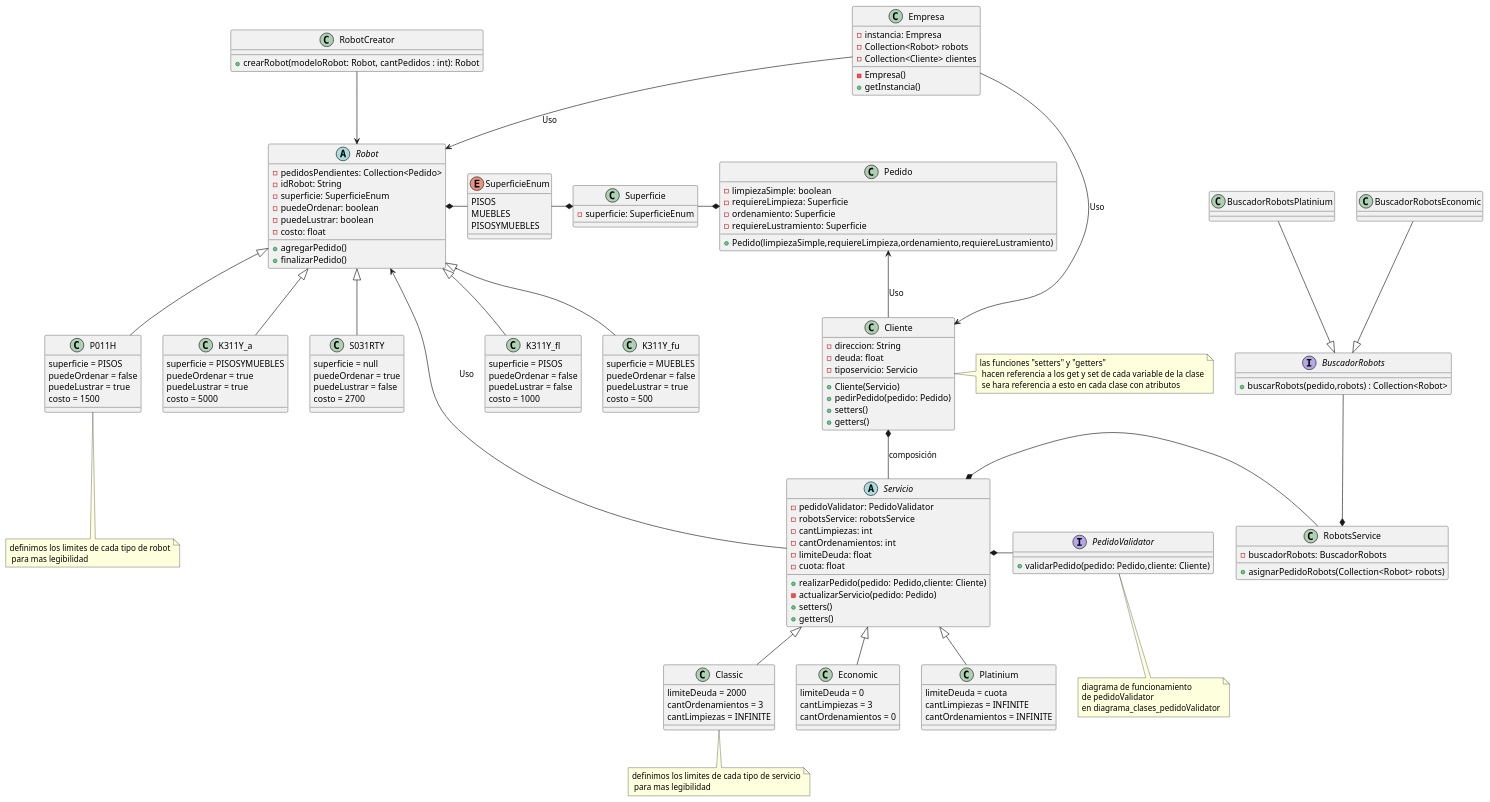
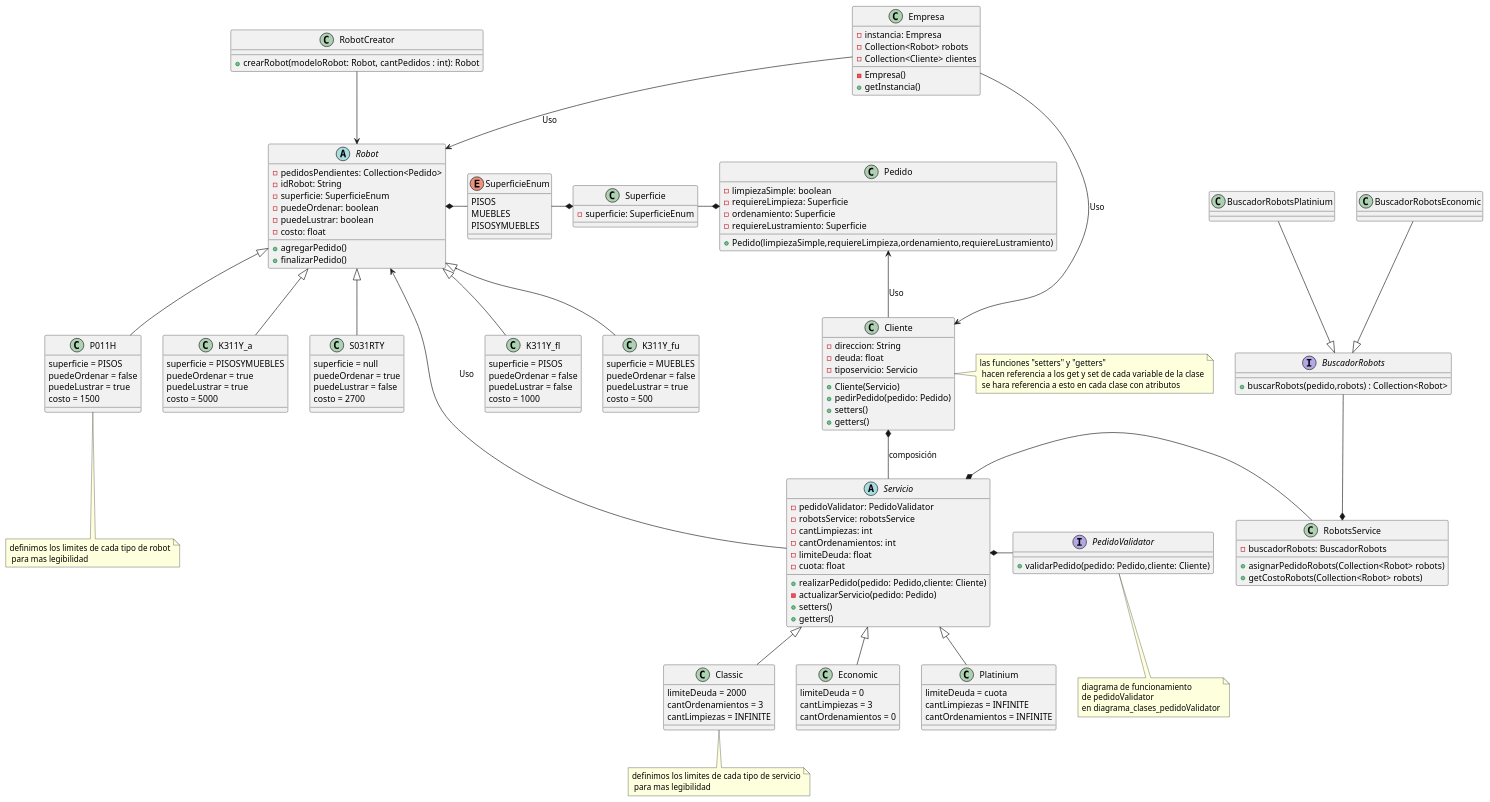
One commit to bacarvalho/TrabajoPractico changed the diagram in src/main/java/com/grupo4/trabajo/Diagramas/diagrama_clases.puml. Above: the diagram before and after it, drawn with PlantUML. The commit also changed 4 other files, not shown here.

Commit message:
getCostoRobots paso a RobotsService

```diff
--- a/src/main/java/com/grupo4/trabajo/Diagramas/diagrama_clases.puml
+++ b/src/main/java/com/grupo4/trabajo/Diagramas/diagrama_clases.puml
@@ -1,182 +1,183 @@
 @startuml
 'https://plantuml.com/class-diagram
 
 
 class Cliente{
 -direccion: String
 -deuda: float
 -tiposervicio: Servicio
 
 +Cliente(Servicio)
 +pedirPedido(pedido: Pedido)
 +setters()
 +getters()
 }
 
 class Empresa{
 -instancia: Empresa
 -Collection<Robot> robots
 -Collection<Cliente> clientes
 
 -Empresa()
 +getInstancia()
 }
 
 
 abstract class Servicio{
 - pedidoValidator: PedidoValidator
 - robotsService: robotsService
 - cantLimpiezas: int
 - cantOrdenamientos: int
 - limiteDeuda: float
 -cuota: float
 
 +realizarPedido(pedido: Pedido,cliente: Cliente)
 -actualizarServicio(pedido: Pedido)
 +setters()
 +getters()
 }
 
 abstract class Robot{
 - pedidosPendientes: Collection<Pedido>
 - idRobot: String
 - superficie: SuperficieEnum
 - puedeOrdenar: boolean
 - puedeLustrar: boolean
 - costo: float
 
 +agregarPedido()
 +finalizarPedido()
 }
 
 class K311Y_fl{
  superficie = PISOS
  puedeOrdenar = false
  puedeLustrar = false
  costo = 1000
 }
 class K311Y_fu{
 superficie = MUEBLES
  puedeOrdenar = false
  puedeLustrar = true
  costo = 500
 }
 class P011H{
 superficie = PISOS
  puedeOrdenar = false
  puedeLustrar = true
  costo = 1500
 }
 class K311Y_a{
  superficie = PISOSYMUEBLES
  puedeOrdenar = true
  puedeLustrar = true
  costo = 5000
 }
 class S031RTY{
 superficie = null
  puedeOrdenar = true
  puedeLustrar = false
  costo = 2700
 }
 
 class Platinium{
 limiteDeuda = cuota
 cantLimpiezas = INFINITE
 cantOrdenamientos = INFINITE
 }
 class Classic{
 limiteDeuda = 2000
 cantOrdenamientos = 3
 cantLimpiezas = INFINITE
 }
 
 class Economic{
 limiteDeuda = 0
 cantLimpiezas = 3
 cantOrdenamientos = 0
 }
 
 class RobotCreator{
     +crearRobot(modeloRobot: Robot, cantPedidos : int): Robot
 }
 
 
 class RobotsService{
     -buscadorRobots: BuscadorRobots
     +asignarPedidoRobots(Collection<Robot> robots)
+    +getCostoRobots(Collection<Robot> robots)
 }
 
 interface BuscadorRobots{
 +buscarRobots(pedido,robots) : Collection<Robot>
 }
 
 class BuscadorRobotsEconomic{
 
 }
 
 class BuscadorRobotsPlatinium{
 }
 
 class Pedido{
 - limpiezaSimple: boolean
 - requiereLimpieza: Superficie
 - ordenamiento: Superficie
 - requiereLustramiento: Superficie
 
 +Pedido(limpiezaSimple,requiereLimpieza,ordenamiento,requiereLustramiento)
 }
 
 enum SuperficieEnum{
 PISOS
 MUEBLES
 PISOSYMUEBLES
 }
 
 class Superficie{
 - superficie: SuperficieEnum
 }
 
 Robot <|-- K311Y_fl
 Robot <|-- K311Y_fu
 Robot <|-- P011H
 Robot <|-- K311Y_a
 Robot <|-- S031RTY
 
 Servicio <|-- Platinium
 Servicio <|-- Classic
 Servicio <|-- Economic
 
 interface PedidoValidator{
 +validarPedido(pedido: Pedido,cliente: Cliente)
 }
 
 Robot <-- Servicio : Uso
 PedidoValidator -left-* Servicio
 RobotsService -left-* Servicio
 Pedido <--  Cliente : Uso
 
 RobotCreator --> Robot
 RobotsService *-up- BuscadorRobots
 BuscadorRobots <|-up- BuscadorRobotsEconomic
 BuscadorRobots <|-up- BuscadorRobotsPlatinium
 
 Cliente <-up- Empresa  : Uso
 
 Robot <-up-  Empresa : Uso
 
 Cliente *--  Servicio : composición
 
 Superficie *-left- SuperficieEnum
 Robot *-right- SuperficieEnum
 Pedido *-left- Superficie
 
 note bottom of Classic : definimos los limites de cada tipo de servicio\n para mas legibilidad
 note bottom of P011H : definimos los limites de cada tipo de robot\n para mas legibilidad
 note right of Cliente : las funciones "setters" y "getters" \n hacen referencia a los get y set de cada variable de la clase\n se hara referencia a esto en cada clase con atributos
 note bottom of PedidoValidator
 diagrama de funcionamiento
 de pedidoValidator
 en diagrama_clases_pedidoValidator
 end note
 @enduml
```
